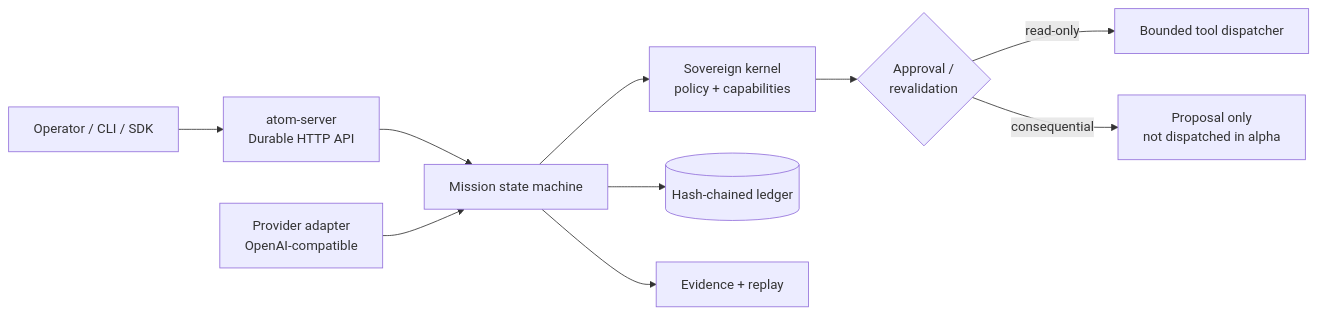
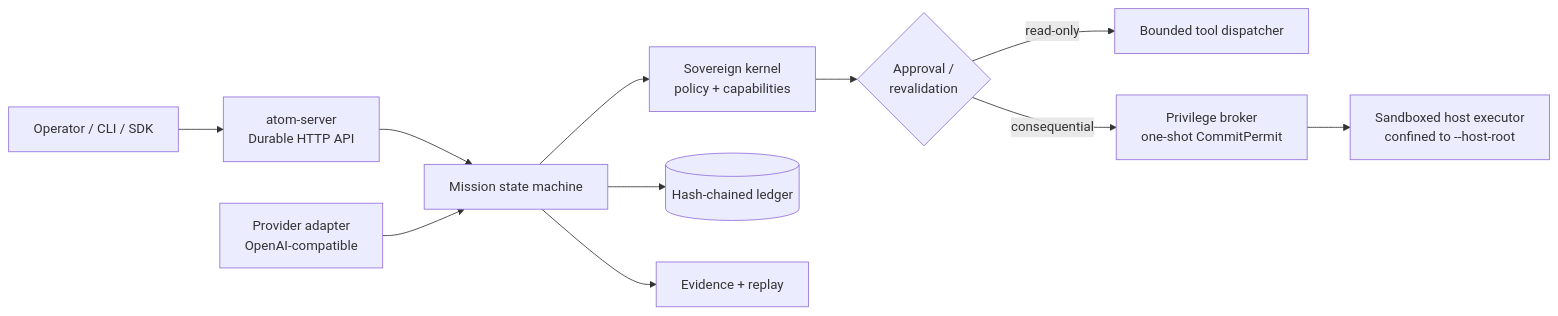
Before and after one commit to cryptyroot-ux/atom: the diagram in README.md, drawn with Mermaid. The commit also changed other lines of this file, not shown here.

Commit message:
docs(readme): state real alpha limits — no API auth, unsigned approvals, in-process privd

````diff
--- a/README.md
+++ b/README.md
@@ -153,12 +166,13 @@
 ```mermaid
 flowchart LR
     U[Operator / CLI / SDK] --> API[atom-server\nDurable HTTP API]
     API --> M[Mission state machine]
     M --> K[Sovereign kernel\npolicy + capabilities]
     K --> A{Approval /\nrevalidation}
     A -->|read-only| T[Bounded tool dispatcher]
-    A -->|consequential| P[Proposal only\nnot dispatched in alpha]
+    A -->|consequential| PB[Privilege broker\none-shot CommitPermit]
+    PB --> SB[Sandboxed host executor\nconfined to --host-root]
     M --> L[(Hash-chained ledger)]
     M --> E[Evidence + replay]
     C[Provider adapter\nOpenAI-compatible] --> M
 ```
````
